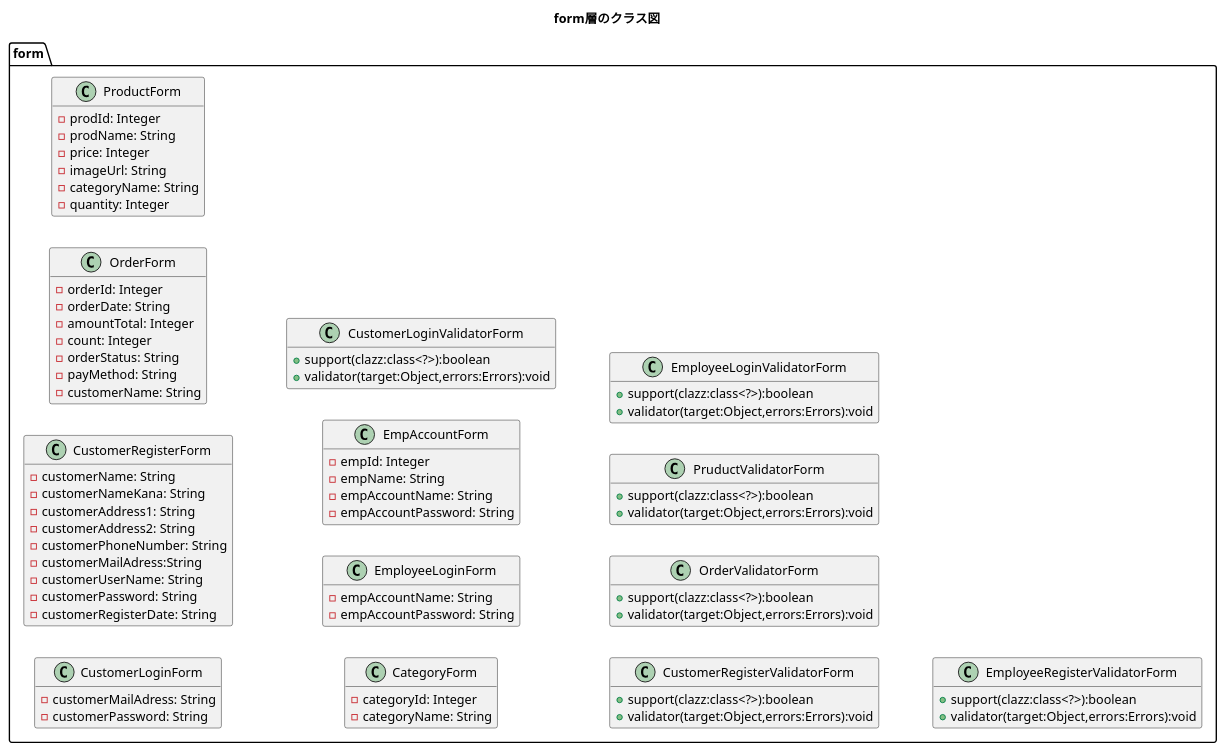
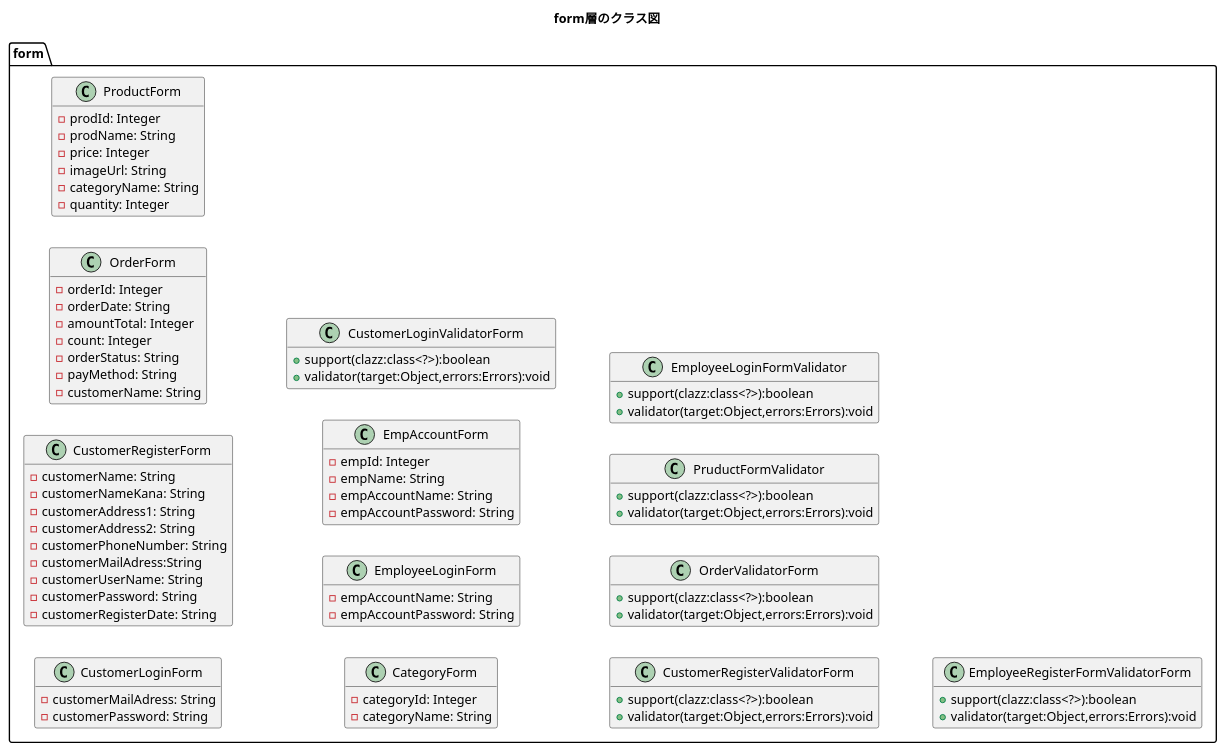
One commit to kanavii3333/ec-b changed the diagram in plan/uml/class/form.plantuml. Above: the diagram before and after it, drawn with PlantUML. The commit also changed 2 other files, not shown here.

Commit message:
クラス図　クラス名の修正

```diff
--- a/plan/uml/class/form.plantuml
+++ b/plan/uml/class/form.plantuml
@@ -1,90 +1,90 @@
 @startuml
 title form層のクラス図
 hide empty members
 left to right direction
 
 package form{
 	class CustomerLoginForm{
 		-customerMailAdress: String
 		-customerPassword: String
 	}
 
     class CustomerRegisterForm{
         -customerName: String
         -customerNameKana: String
         -customerAddress1: String
         -customerAddress2: String
         -customerPhoneNumber: String
         -customerMailAdress:String
         -customerUserName: String
         -customerPassword: String
         -customerRegisterDate: String
     }
 
     class OrderForm{
         -orderId: Integer
         -orderDate: String
         -amountTotal: Integer
         -count: Integer
         -orderStatus: String
         -payMethod: String
         -customerName: String
     }
 
     class ProductForm{
         -prodId: Integer
         -prodName: String
         -price: Integer
         -imageUrl: String
         -categoryName: String
         -quantity: Integer
     }
     
     class CategoryForm{
         -categoryId: Integer
         -categoryName: String
     }
 	
 	class EmployeeLoginForm{
 		-empAccountName: String
         -empAccountPassword: String
 	}
 	
 	class EmpAccountForm{
 		-empId: Integer
 		-empName: String
 		-empAccountName: String
         -empAccountPassword: String
 	}
     
     class CustomerLoginValidatorForm{
 		+support(clazz:class<?>):boolean
 		+validator(target:Object,errors:Errors):void
     }
 
     class CustomerRegisterValidatorForm{
 		+support(clazz:class<?>):boolean
 		+validator(target:Object,errors:Errors):void
     }
     
     class OrderValidatorForm{
 		+support(clazz:class<?>):boolean
 		+validator(target:Object,errors:Errors):void
     }
     
-    class PruductValidatorForm{
+    class PruductFormValidator{
 		+support(clazz:class<?>):boolean
 		+validator(target:Object,errors:Errors):void
     }
     
-    class EmployeeLoginValidatorForm{
+    class EmployeeLoginFormValidator{
 		+support(clazz:class<?>):boolean
 		+validator(target:Object,errors:Errors):void
     }
 
-    class EmployeeRegisterValidatorForm{
+    class EmployeeRegisterFormValidatorForm{
 		+support(clazz:class<?>):boolean
 		+validator(target:Object,errors:Errors):void
     }
 }
 @enduml
```
